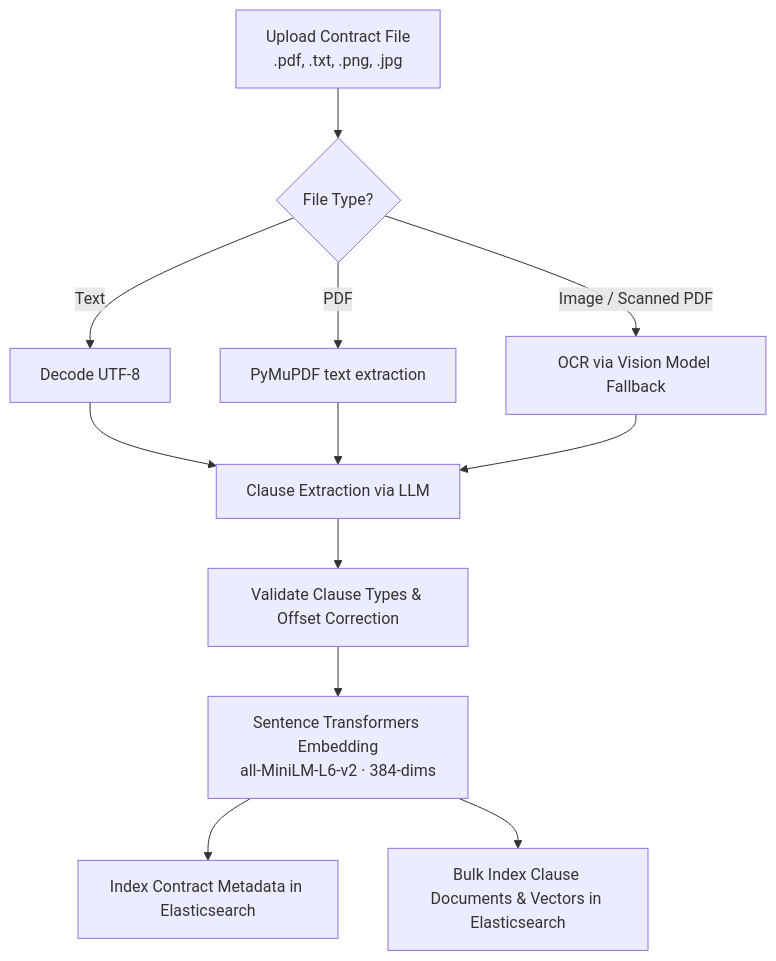
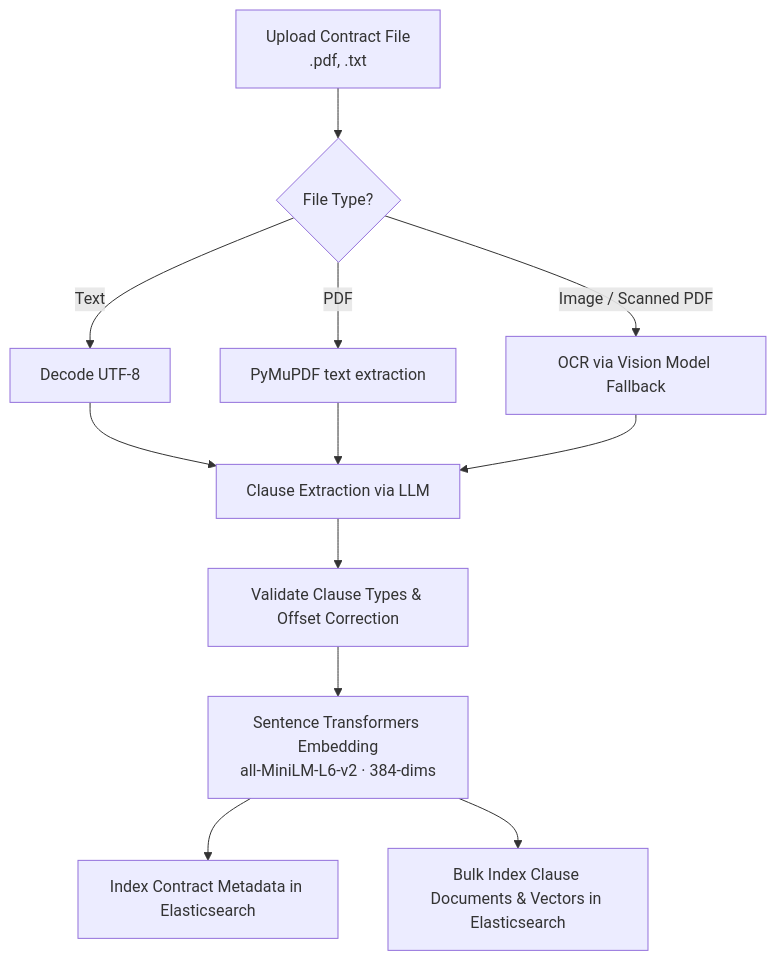
One commit to Liorohan10/ClauseGuard-main changed the second of 4 diagrams in README.md. Above: the diagram before and after it, drawn with Mermaid.

````diff
--- a/README.md
+++ b/README.md
@@ -71,14 +71,14 @@
 ```mermaid
 flowchart TD
-    A[Upload Contract File<br/>.pdf, .txt, .png, .jpg] --> B{File Type?}
+    A[Upload Contract File<br/>.pdf, .txt] --> B{File Type?}
     B -- "Text" --> C[Decode UTF-8]
     B -- "PDF" --> D[PyMuPDF text extraction]
     B -- "Image / Scanned PDF" --> E[OCR via Vision Model Fallback]
     C --> F[Clause Extraction via LLM]
     D --> F
     E --> F
     F --> G[Validate Clause Types & Offset Correction]
     G --> H[Sentence Transformers Embedding<br/>all-MiniLM-L6-v2 · 384-dims]
     H --> I[Index Contract Metadata in Elasticsearch]
     H --> J[Bulk Index Clause Documents & Vectors in Elasticsearch]
 ```
````
